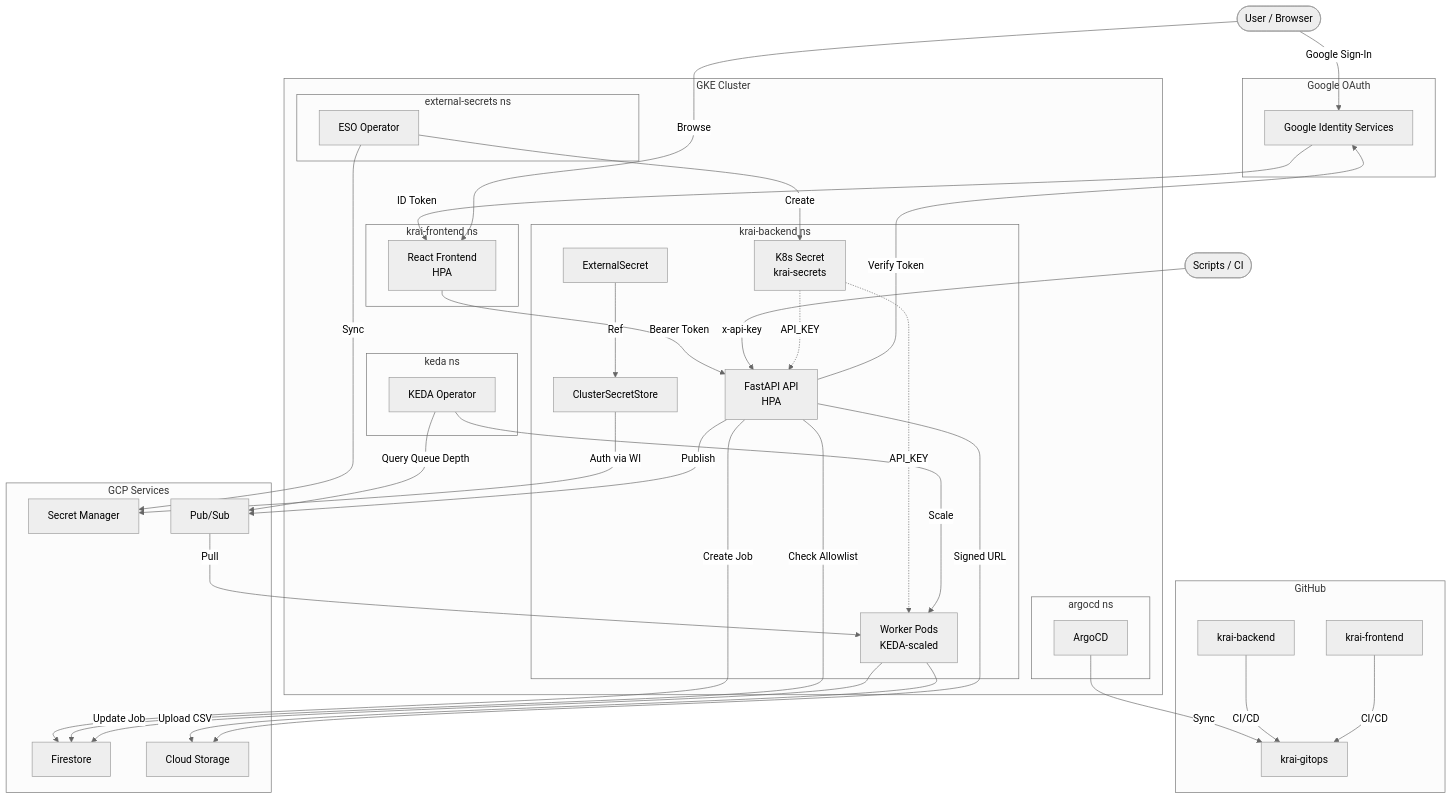
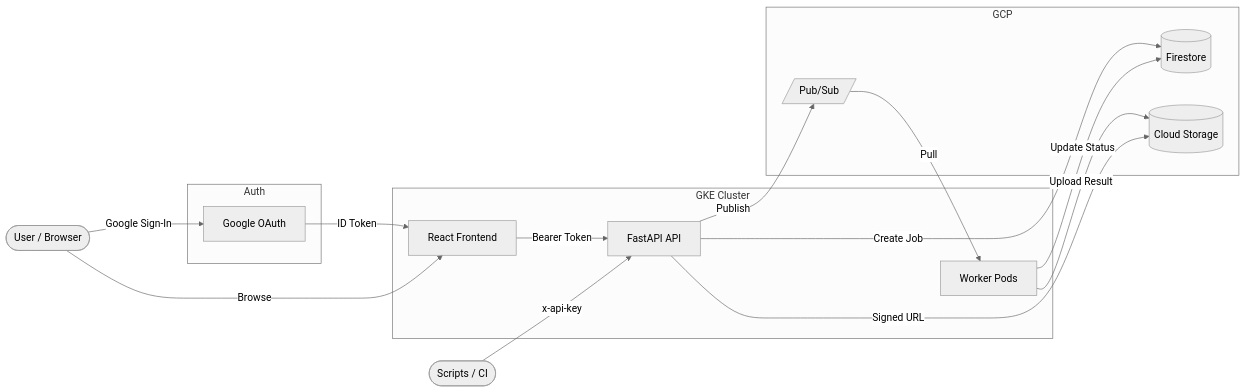
Before and after one commit to red512/krai: the first of 4 diagrams in README.md, drawn with Mermaid (neutral theme). The commit also changed other lines of this file, not shown here.

Commit message:
Refactor infrastructure diagram into two clearer mermaid graphs

````diff
--- a/README.md
+++ b/README.md
@@ -32,77 +32,34 @@
 ```mermaid
-graph TB
+graph LR
     User([User / Browser])
     Script([Scripts / CI])
 
-    subgraph Google OAuth
-        Google[Google Identity Services]
+    subgraph Auth
+        Google[Google OAuth]
     end
 
     subgraph GKE Cluster
-        subgraph krai-frontend ns
-            FE[React Frontend<br/>HPA]
-        end
-
-        subgraph krai-backend ns
-            API[FastAPI API<br/>HPA]
-            Worker[Worker Pods<br/>KEDA-scaled]
-            ES[ExternalSecret]
-            CSS[ClusterSecretStore]
-            K8sSecret[K8s Secret<br/>krai-secrets]
-        end
-
-        subgraph external-secrets ns
-            ESO[ESO Operator]
-        end
-
-        subgraph keda ns
-            KEDA[KEDA Operator]
-        end
-
-        subgraph argocd ns
-            ArgoCD[ArgoCD]
-        end
+        FE[React Frontend]
+        API[FastAPI API]
+        Worker[Worker Pods]
     end
 
-    subgraph GCP Services
-        SM[Secret Manager]
-        FS[Firestore]
-        PS[Pub/Sub]
-        GCS[Cloud Storage]
-    end
-
-    subgraph GitHub
-        GitOps[krai-gitops]
-        BackendRepo[krai-backend]
-        FrontendRepo[krai-frontend]
+    subgraph GCP
+        FS[(Firestore)]
+        PS[/Pub/Sub/]
+        GCS[(Cloud Storage)]
     end
 
     User -->|Google Sign-In| Google
     Google -->|ID Token| FE
     User -->|Browse| FE
     FE -->|Bearer Token| API
     Script -->|x-api-key| API
 
     API -->|Create Job| FS
     API -->|Publish| PS
-    API -->|Verify Token| Google
-    API -->|Check Allowlist| FS
     PS -->|Pull| Worker
-    Worker -->|Upload CSV| GCS
-    Worker -->|Update Job| FS
+    Worker -->|Upload Result| GCS
+    Worker -->|Update Status| FS
     API -->|Signed URL| GCS
-
-    ESO -->|Sync| SM
-    ESO -->|Create| K8sSecret
-    CSS -->|Auth via WI| SM
-    ES -->|Ref| CSS
-    K8sSecret -.->|API_KEY| API
-    K8sSecret -.->|API_KEY| Worker
-
-    KEDA -->|Query Queue Depth| PS
-    KEDA -->|Scale| Worker
-
-    ArgoCD -->|Sync| GitOps
-    BackendRepo -->|CI/CD| GitOps
-    FrontendRepo -->|CI/CD| GitOps
 ```
````
